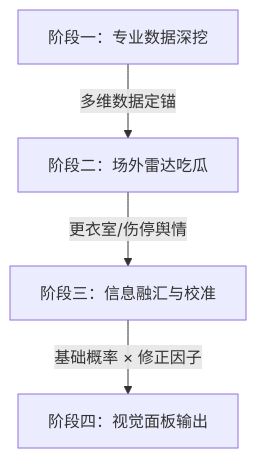
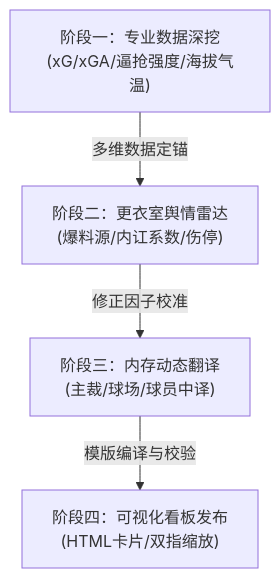
The first of 2 diagrams in README.md (ky230/worldcup2026-predictor), drawn with Mermaid before and after one commit. The commit also changed other lines of this file and 10 other files, not shown here.

````diff
--- a/README.md
+++ b/README.md
@@ -25,6 +14,6 @@
 ```mermaid
 graph TD
-    A["阶段一：专业数据深挖"] -->|多维数据定锚| B["阶段二：场外雷达吃瓜"]
-    B -->|更衣室/伤停舆情| C["阶段三：信息融汇与校准"]
-    C -->|基础概率 × 修正因子| D["阶段四：视觉面板输出"]
+    A["阶段一：专业数据深挖<br>(xG/xGA/逼抢强度/海拔气温)"] -->|多维数据定锚| B["阶段二：更衣室舆情雷达<br>(爆料源/内讧系数/伤停)"]
+    B -->|修正因子校准| C["阶段三：内存动态翻译<br>(主裁/球场/球员中译)"]
+    C -->|模版编译与校验| D["阶段四：可视化看板发布<br>(HTML卡片/双指缩放)"]
 ```
````
